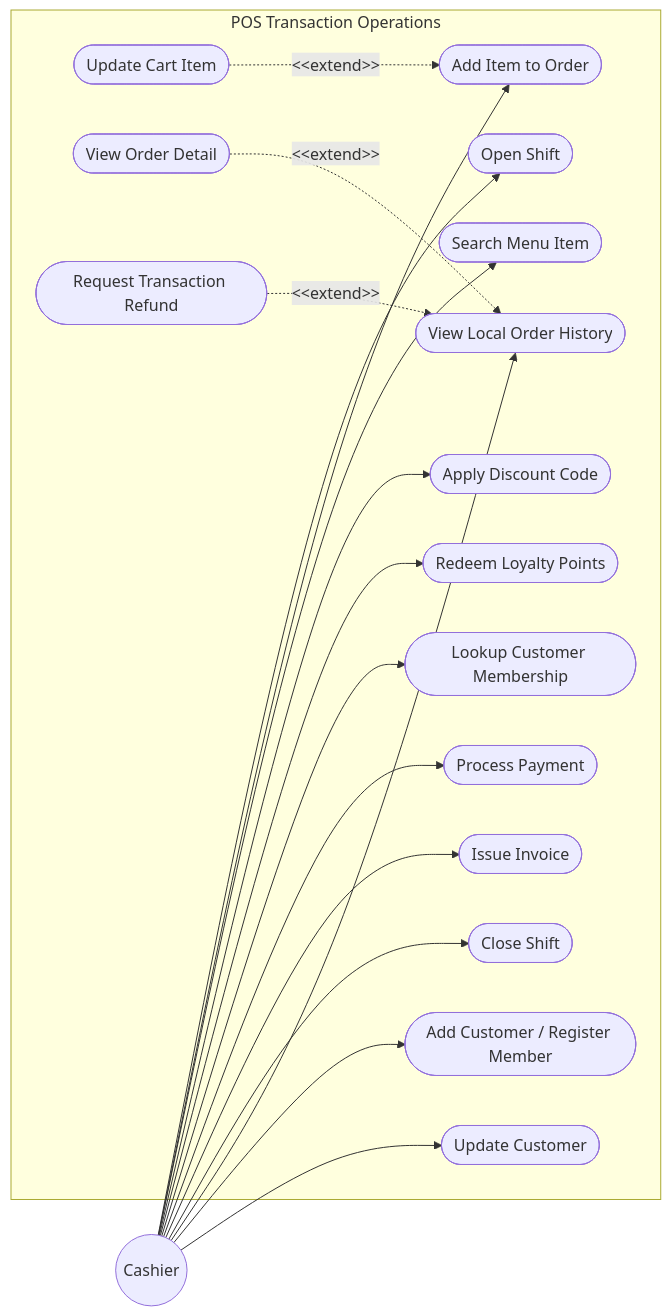
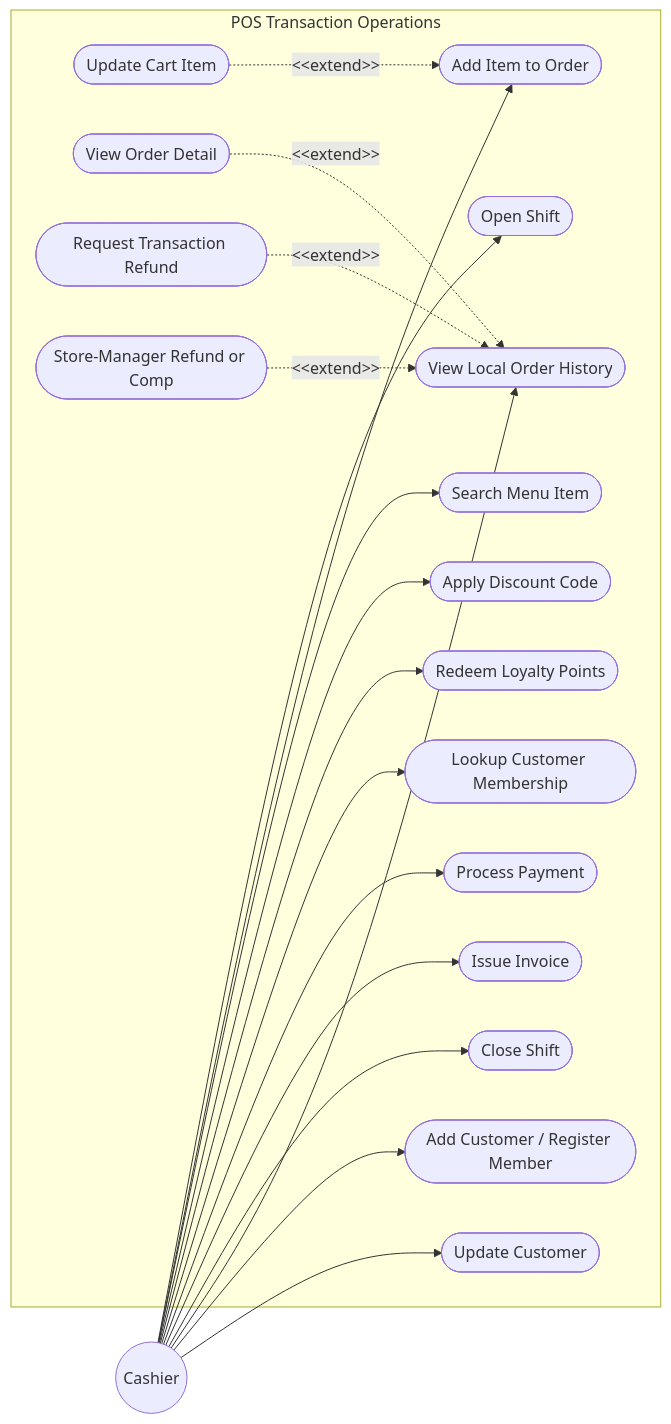
One commit to Shaichi/Khoga_coffe_shop changed the seventh of 8 diagrams in sections/02_user_requirements.md. Above: the diagram before and after it, drawn with Mermaid. The commit also changed other lines of this file and 10 other files, not shown here.

````diff
--- a/sections/02_user_requirements.md
+++ b/sections/02_user_requirements.md
@@ -284,45 +300,47 @@
 ```mermaid
 graph LR
     %% Actors
     Actor_Cashier((Cashier))
 
     %% Use Cases
     subgraph POS Transaction Operations
         UC_OpenShift([Open Shift])
         UC_AddCart([Add Item to Order])
         UC_UpdateCart([Update Cart Item])
         UC_SearchMenu([Search Menu Item])
         UC_ApplyDiscount([Apply Discount Code])
         UC_RedeemPoints([Redeem Loyalty Points])
         UC_LookupMember([Lookup Customer Membership])
         UC_ProcessPay([Process Payment])
         UC_IssueInvoice([Issue Invoice])
         UC_CloseShift([Close Shift])
         
         UC_ViewLocalHistory([View Local Order History])
         UC_ViewOrderDetail([View Order Detail])
         UC_RequestRefund([Request Transaction Refund])
+        UC_RefundComp([Store-Manager Refund or Comp])
         
         UC_AddCustomer([Add Customer / Register Member])
         UC_UpdateCustomer([Update Customer])
     end
 
     %% Connections
     Actor_Cashier --> UC_OpenShift
     Actor_Cashier --> UC_AddCart
     Actor_Cashier --> UC_SearchMenu
     Actor_Cashier --> UC_ApplyDiscount
     Actor_Cashier --> UC_RedeemPoints
     Actor_Cashier --> UC_LookupMember
     Actor_Cashier --> UC_ProcessPay
     Actor_Cashier --> UC_IssueInvoice
     Actor_Cashier --> UC_CloseShift
     Actor_Cashier --> UC_ViewLocalHistory
     Actor_Cashier --> UC_AddCustomer
     Actor_Cashier --> UC_UpdateCustomer
 
     %% Extends & Includes
     UC_UpdateCart -.-> |"&lt;&lt;extend&gt;&gt;"| UC_AddCart
     UC_ViewOrderDetail -.-> |"&lt;&lt;extend&gt;&gt;"| UC_ViewLocalHistory
     UC_RequestRefund -.-> |"&lt;&lt;extend&gt;&gt;"| UC_ViewLocalHistory
+    UC_RefundComp -.-> |"&lt;&lt;extend&gt;&gt;"| UC_ViewLocalHistory
 ```
````
